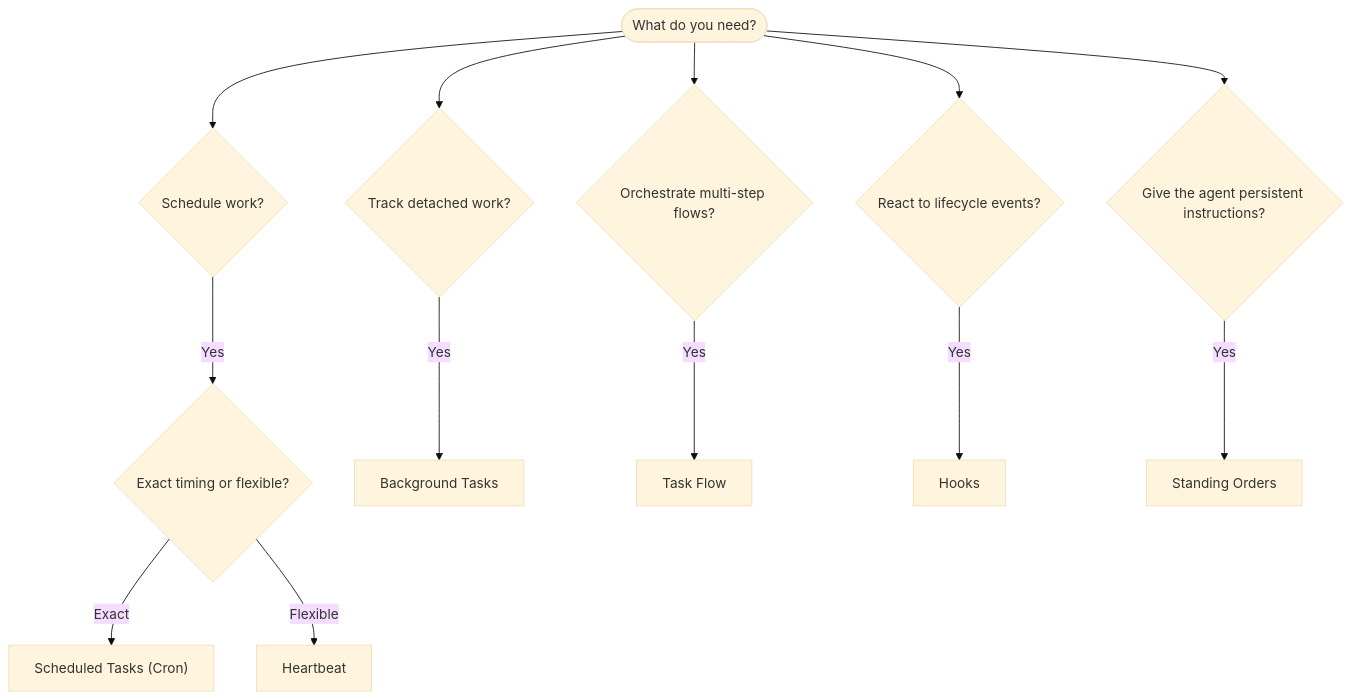
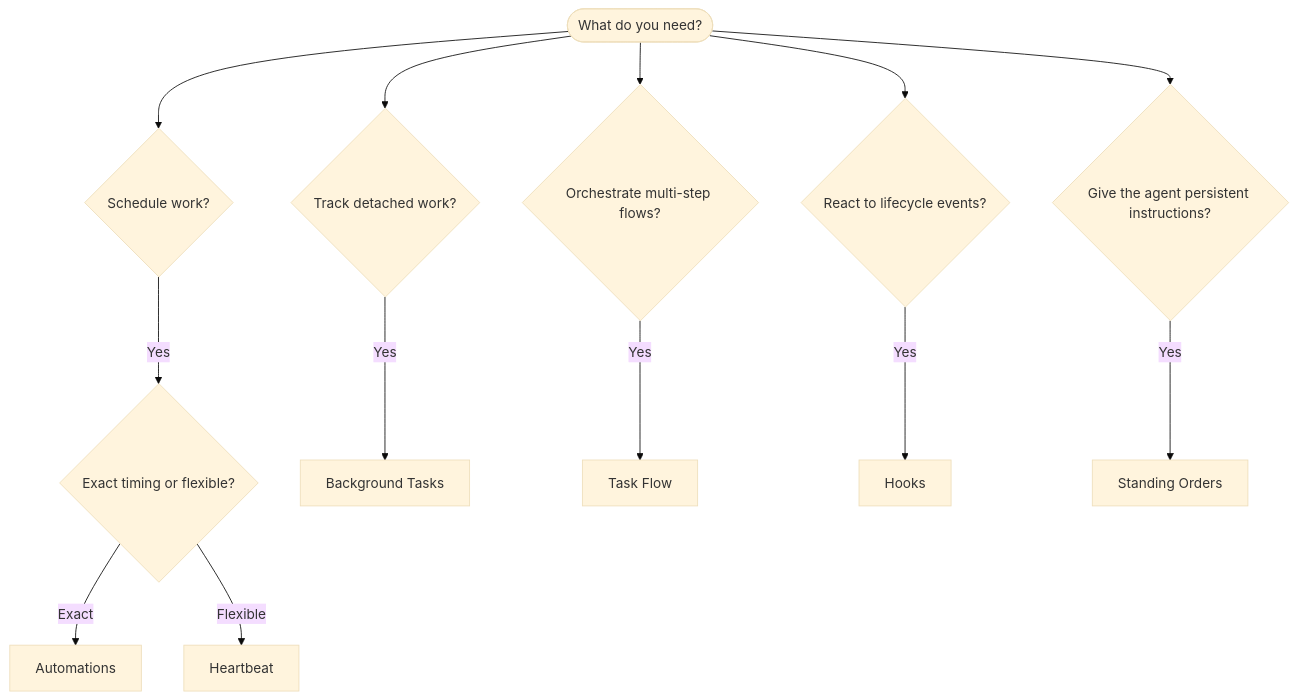
One commit to clawdbot/clawdbot changed the diagram in docs/automation/index.md. Above: the diagram before and after it, drawn with Mermaid (base theme). The commit also changed other lines of this file and 8 other files, not shown here.

First line of the commit message:
docs(automation): rename scheduled-tasks feature wording to Automations

````diff
--- a/docs/automation/index.md
+++ b/docs/automation/index.md
@@ -16,17 +16,17 @@
 ```mermaid
 flowchart TD
     START([What do you need?]) --> Q1{Schedule work?}
     START --> Q2{Track detached work?}
     START --> Q3{Orchestrate multi-step flows?}
     START --> Q4{React to lifecycle events?}
     START --> Q5{Give the agent persistent instructions?}
 
     Q1 -->|Yes| Q1a{Exact timing or flexible?}
-    Q1a -->|Exact| CRON["Scheduled Tasks (Cron)"]
+    Q1a -->|Exact| CRON["Automations"]
     Q1a -->|Flexible| HEARTBEAT[Heartbeat]
 
     Q2 -->|Yes| TASKS[Background Tasks]
     Q3 -->|Yes| FLOW[Task Flow]
     Q4 -->|Yes| HOOKS[Hooks]
     Q5 -->|Yes| SO[Standing Orders]
 ```
````
